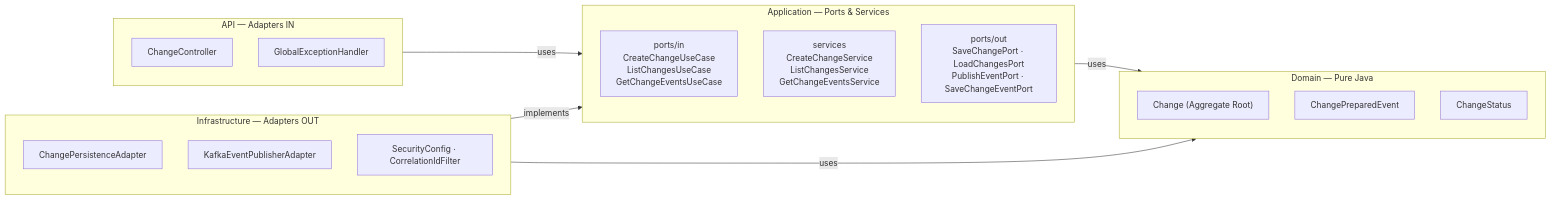
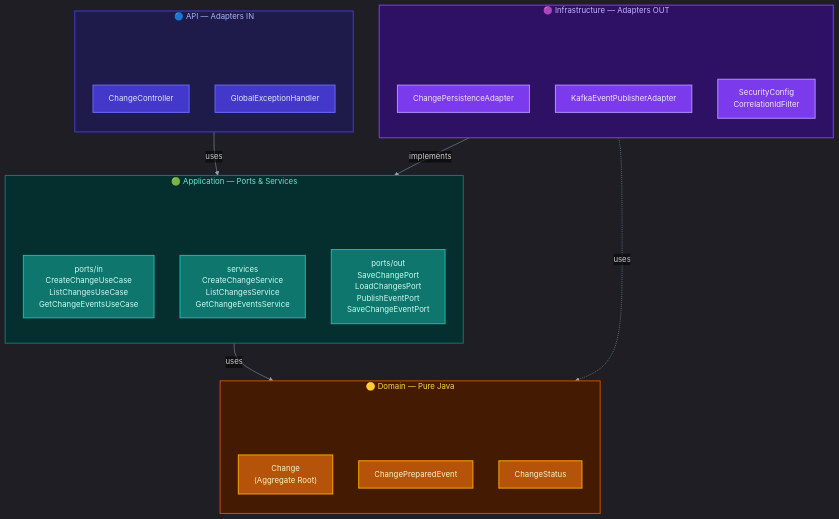
One commit to claudecirmiranda/changeops changed the second of 10 diagrams in docs/PROJETO_COMPLETO.md. Above: the diagram before and after it, drawn with Mermaid. The commit also changed other lines of this file and 3 other files, not shown here.

First line of the commit message:
refactor: update container and sequence diagrams for ChangeOps Dashboard

````diff
--- a/docs/PROJETO_COMPLETO.md
+++ b/docs/PROJETO_COMPLETO.md
@@ -105,27 +145,64 @@
 ```mermaid
-graph LR
-    subgraph API["API — Adapters IN"]
+%%{init: {'theme':'dark', 'themeVariables':{'fontSize':'15px','lineColor':'#94A3B8','edgeLabelBackground':'transparent'}}}%%
+flowchart TB
+    subgraph API["🔵 API — Adapters IN"]
+        direction TB
+        api_sp[ ]:::hidden
+        api_sp ~~~ CTRL
+        api_sp ~~~ EXC
         CTRL["ChangeController"]
         EXC["GlobalExceptionHandler"]
     end
-    subgraph APP["Application — Ports & Services"]
+    subgraph APP["🟢 Application — Ports & Services"]
+        direction TB
+        app_sp[ ]:::hidden
+        app_sp ~~~ UC_IN
+        app_sp ~~~ SVC
+        app_sp ~~~ UC_OUT
         UC_IN["ports/in<br/>CreateChangeUseCase<br/>ListChangesUseCase<br/>GetChangeEventsUseCase"]
         SVC["services<br/>CreateChangeService<br/>ListChangesService<br/>GetChangeEventsService"]
-        UC_OUT["ports/out<br/>SaveChangePort · LoadChangesPort<br/>PublishEventPort · SaveChangeEventPort"]
+        UC_OUT["ports/out<br/>SaveChangePort<br/>LoadChangesPort<br/>PublishEventPort<br/>SaveChangeEventPort"]
     end
-    subgraph DOM["Domain — Pure Java"]
-        AGG["Change (Aggregate Root)"]
+    subgraph DOM["🟡 Domain — Pure Java"]
+        direction TB
+        dom_sp[ ]:::hidden
+        dom_sp ~~~ AGG
+        dom_sp ~~~ EVT
+        dom_sp ~~~ VO
+        AGG["Change<br/>(Aggregate Root)"]
         EVT["ChangePreparedEvent"]
         VO["ChangeStatus"]
     end
-    subgraph INFRA["Infrastructure — Adapters OUT"]
+    subgraph INFRA["🟣 Infrastructure — Adapters OUT"]
+        direction TB
+        infra_sp[ ]:::hidden
+        infra_sp ~~~ JPA
+        infra_sp ~~~ KAFKA
+        infra_sp ~~~ SEC
         JPA["ChangePersistenceAdapter"]
         KAFKA["KafkaEventPublisherAdapter"]
-        SEC["SecurityConfig · CorrelationIdFilter"]
+        SEC["SecurityConfig<br/>CorrelationIdFilter"]
     end
 
     API -->|uses| APP
     APP -->|uses| DOM
     INFRA -->|implements| APP
-    INFRA -->|uses| DOM
+    INFRA -.->|uses| DOM
+
+    classDef api fill:#4338CA,stroke:#6366F1,color:#E0E7FF,stroke-width:2px
+    classDef app fill:#0F766E,stroke:#14B8A6,color:#CCFBF1,stroke-width:2px
+    classDef domain fill:#B45309,stroke:#F59E0B,color:#FEF3C7,stroke-width:2px
+    classDef infra fill:#7C3AED,stroke:#A78BFA,color:#EDE9FE,stroke-width:2px
+    classDef hidden fill:transparent,stroke:none,color:transparent,stroke-width:0px
+
+    class CTRL,EXC api
+    class UC_IN,SVC,UC_OUT app
+    class AGG,EVT,VO domain
+    class JPA,KAFKA,SEC infra
+    class api_sp,app_sp,dom_sp,infra_sp hidden
+
+    style API fill:#1E1B4B,stroke:#4338CA,stroke-width:2px,color:#A5B4FC
+    style APP fill:#042F2E,stroke:#0F766E,stroke-width:2px,color:#5EEAD4
+    style DOM fill:#451A03,stroke:#B45309,stroke-width:2px,color:#FCD34D
+    style INFRA fill:#2E1065,stroke:#7C3AED,stroke-width:2px,color:#C4B5FD
 ```
````
